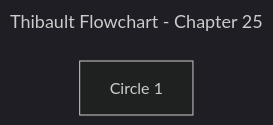
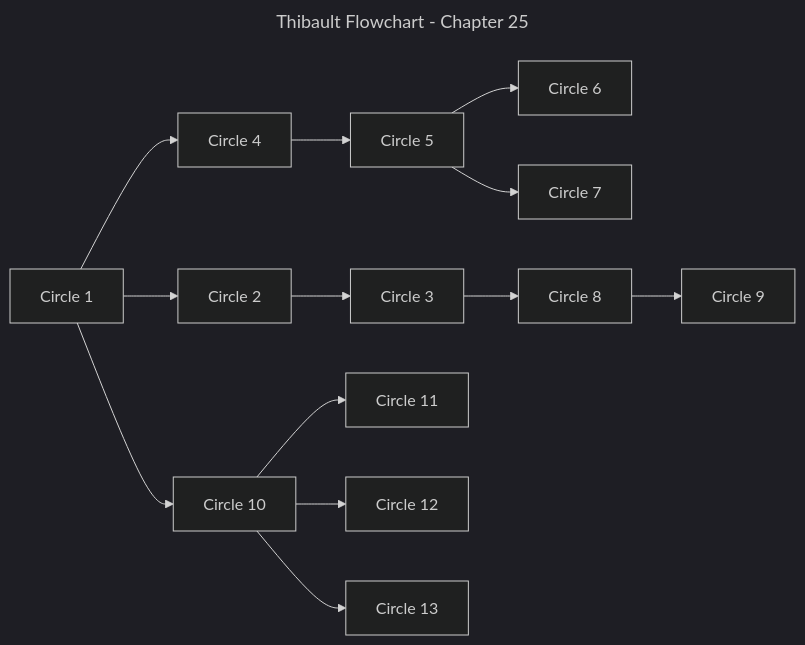
The diagram in flowchart-per-chapter/chapter-25.mmd (aquesnel/thibault-flowchart), drawn with Mermaid (dark theme) before and after one commit.

Commit message:
feat(ch25): initial flowchart of the circles
not sure about the positioning of circle 3 and some others- going off of basic literal references to other circles in the chapter

```diff
--- a/flowchart-per-chapter/chapter-25.mmd
+++ b/flowchart-per-chapter/chapter-25.mmd
@@ -1,10 +1,15 @@
 ---
-title: Thibault Flowchart - Chapter 25
 config:
   layout: dagre
   flowchart:
     htmlLabels: false
+title: Thibault Flowchart - Chapter 25
 ---
 flowchart LR
-	%% Nodes
-	B1_T25_C01["Circle 1"]
+    B1_T25_C01["Circle 1"] --> B1_T25_C02["Circle 2"] & B1_T25_C04["Circle 4"] & B1_T25_C10["Circle 10"]
+    B1_T25_C04 --> B1_T25_C05["Circle 5"]
+    B1_T25_C05 --> B1_T25_C06["Circle 6"] & B1_T25_C07["Circle 7"]
+    B1_T25_C03["Circle 3"] --> B1_T25_C08["Circle 8"]
+    B1_T25_C08 --> B1_T25_C09["Circle 9"]
+    B1_T25_C10 --> B1_T25_C11["Circle 11"] & B1_T25_C12["Circle 12"] & B1_T25_C13["Circle 13"]
+    B1_T25_C02 --> B1_T25_C03
```
